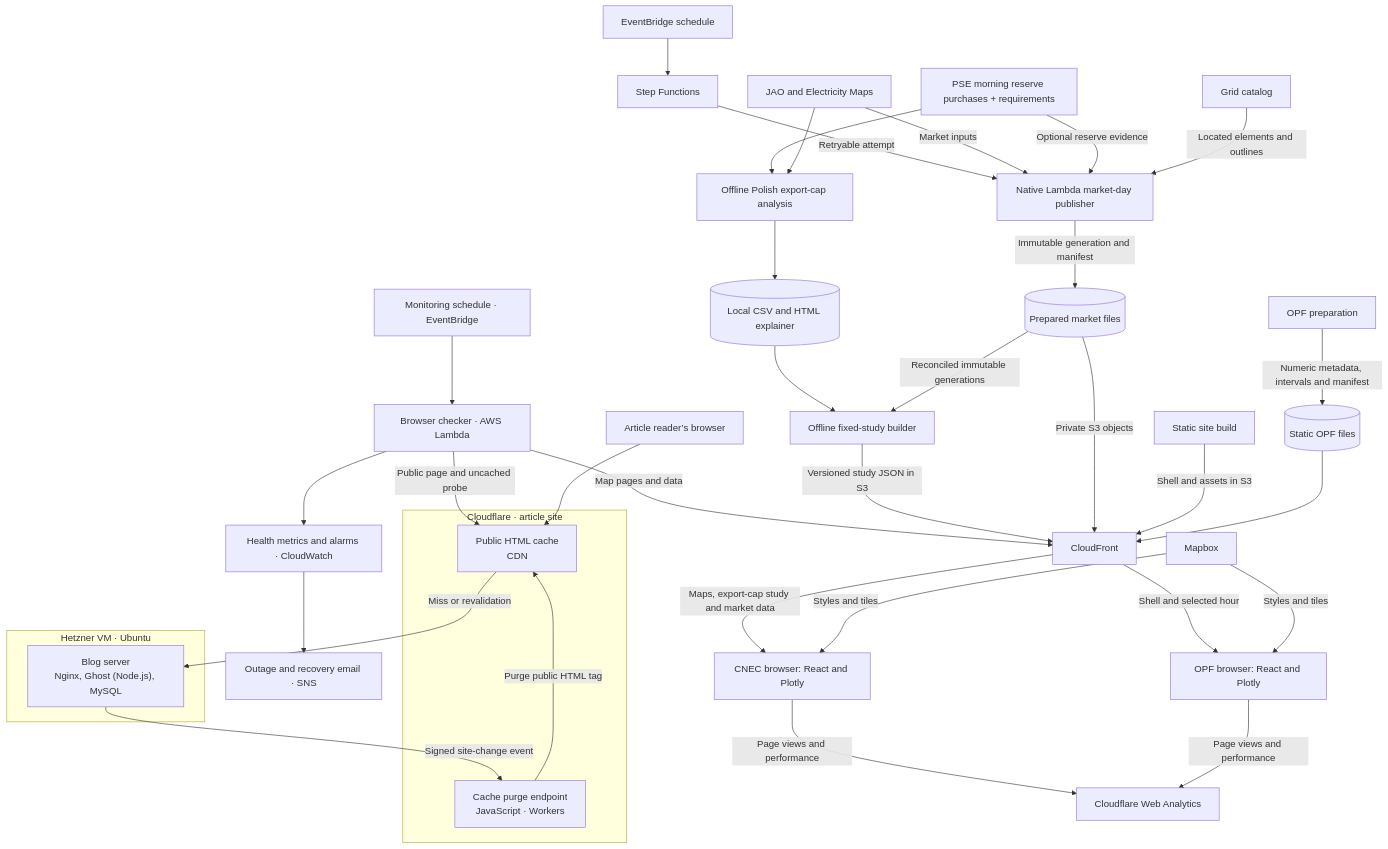
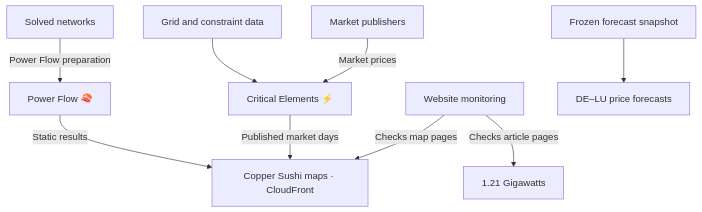
Before and after one commit to zoltanmaric/coppersushi: the diagram in README.md, drawn with Mermaid. The commit also changed 3 other files, not shown here.

````diff
--- a/README.md
+++ b/README.md
@@ -46,49 +46,17 @@
 ```mermaid
 flowchart TB
-    monitorSchedule["Monitoring schedule · EventBridge"] --> monitor["Browser checker · AWS Lambda"]
-    monitor -->|Public page and uncached probe| articleedge
-    monitor -->|Map pages and data| edge
-    monitor --> health["Health metrics and alarms · CloudWatch"]
-    health --> notify["Outage and recovery email · SNS"]
-    click monitor "https://github.com/zoltanmaric/coppersushi/blob/main/monitoring/README.md" "Website monitoring"
-    articles["Article reader’s browser"]
-    subgraph articlecloudflare["Cloudflare · article site"]
-        articleedge["Public HTML cache<br/>CDN"]
-        purge["Cache purge endpoint<br/>JavaScript · Workers"]
-    end
-    subgraph articlehetzner["Hetzner VM · Ubuntu"]
-        articlehost["Blog server<br/>Nginx, Ghost (Node.js), MySQL"]
-    end
-    articles --> articleedge
-    articleedge -->|Miss or revalidation| articlehost
-    articlehost -->|Signed site-change event| purge
-    purge -->|Purge public HTML tag| articleedge
-    click articlehost "https://github.com/zoltanmaric/coppersushi/blob/main/121gigawatts/hosting/README.md" "Ghost hosting"
-    click purge "https://github.com/zoltanmaric/coppersushi/blob/main/121gigawatts/hosting/README.md#public-page-caching" "Cache purge endpoint"
-    schedule["EventBridge schedule"] --> workflow["Step Functions"]
-    workflow -->|Retryable attempt| publication
-    market["JAO and Electricity Maps"] -->|Market inputs| publication["Native Lambda market-day publisher"]
-    pse["PSE morning reserve purchases + requirements"] -->|Optional reserve evidence| publication
-    pse --> investigation["Offline Polish export-cap analysis"]
-    market --> investigation
-    investigation --> research[("Local CSV and HTML explainer")]
-    research --> study["Offline fixed-study builder"]
-    prepared -->|Reconciled immutable generations| study
-    study -->|Versioned study JSON in S3| edge
-    catalog["Grid catalog"] -->|Located elements and outlines| publication
-    publication -->|Immutable generation and manifest| prepared[("Prepared market files")]
-    prepared -->|Private S3 objects| edge["CloudFront"]
-    build["Static site build"] -->|Shell and assets in S3| edge
-    edge -->|Maps, export-cap study and market data| browser["CNEC browser: React and Plotly"]
-    opf["OPF preparation"] -->|Numeric metadata, intervals and manifest| opffiles[("Static OPF files")]
-    opffiles --> edge
-    edge -->|Shell and selected hour| opfbrowser["OPF browser: React and Plotly"]
-    maps["Mapbox"] -->|Styles and tiles| browser
-    maps -->|Styles and tiles| opfbrowser
-    browser -->|Page views and performance| analytics["Cloudflare Web Analytics"]
-    opfbrowser -->|Page views and performance| analytics
-    click catalog "https://github.com/zoltanmaric/coppersushi/blob/main/coppersushi/pipelines/grid/README.md" "Grid catalog"
-    click opf "https://github.com/zoltanmaric/coppersushi/blob/main/coppersushi/pipelines/powerflow/README.md" "OPF"
-    click publication "https://github.com/zoltanmaric/coppersushi/blob/main/coppersushi/pipelines/cnec/README.md" "Publication"
-    click browser "https://github.com/zoltanmaric/coppersushi/blob/main/coppersushi/frontend/README.md" "CNEC browser"
+    grid["Grid and constraint data"] --> critical["Critical Elements ⚡️"]
+    networks["Solved networks"] -->|Power Flow preparation| power["Power Flow 🍣"]
+    power -->|Static results| maps["Copper Sushi maps · CloudFront"]
+    critical -->|Published market days| maps
+    monitor["Website monitoring"] -->|Checks map pages| maps
+    monitor -->|Checks article pages| blog["1.21 Gigawatts"]
+    publishers["Market publishers"] -->|Market prices| critical
+    snapshot["Frozen forecast snapshot"] --> forecast["DE–LU price forecasts"]
+    click critical "https://github.com/zoltanmaric/coppersushi/blob/main/coppersushi/pipelines/cnec/README.md"
+    click power "https://github.com/zoltanmaric/coppersushi/blob/main/coppersushi/pipelines/powerflow/README.md"
+    click monitor "https://github.com/zoltanmaric/coppersushi/blob/main/monitoring/README.md"
+    click blog "https://github.com/zoltanmaric/coppersushi/blob/main/121gigawatts/hosting/README.md"
+    click forecast "https://github.com/zoltanmaric/coppersushi/blob/main/forecasts/README.md"
+    click maps "https://github.com/zoltanmaric/coppersushi/blob/main/coppersushi/frontend/README.md"
 ```
````
